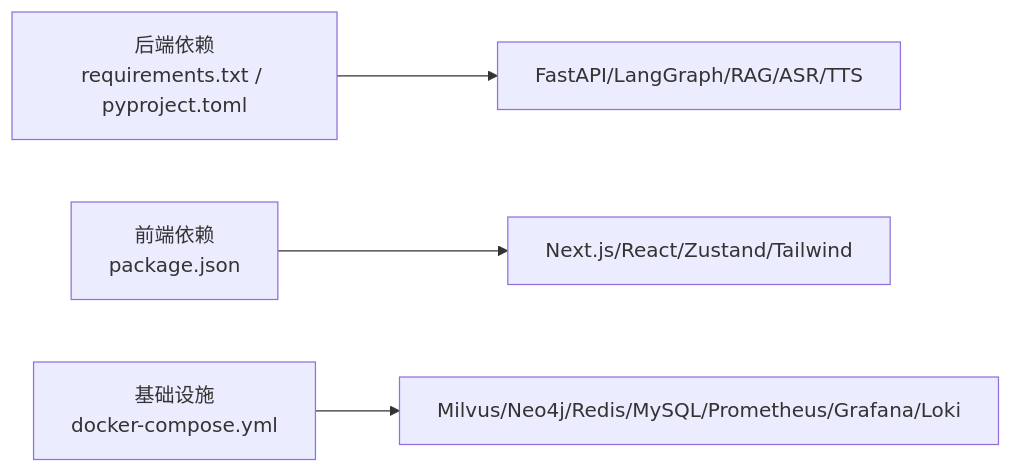
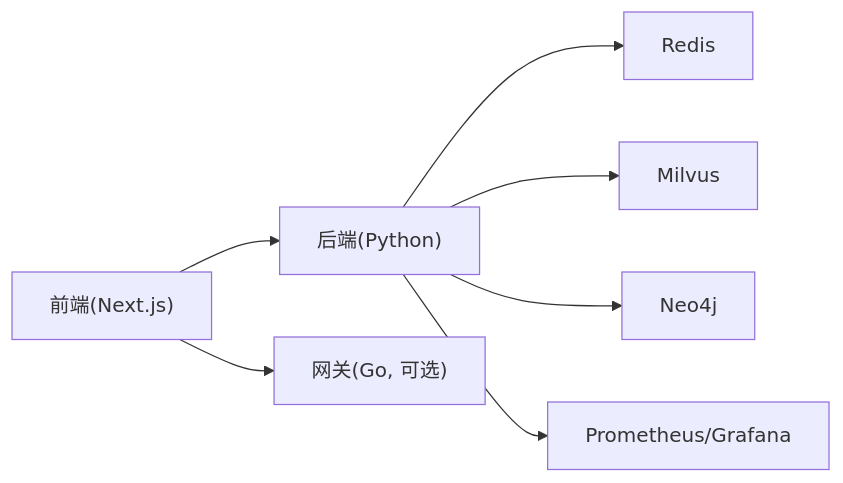
The third of 3 diagrams in .qoder/repowiki/zh/content/快速开始.md (zmdhdu/NexusCockpit), drawn with Mermaid before and after one commit. The commit also changed other lines of this file and 535 other files, not shown here.

````diff
--- a/.qoder/repowiki/zh/content/快速开始.md
+++ b/.qoder/repowiki/zh/content/快速开始.md
@@ -296,6 +234,9 @@
 ```mermaid
 graph LR
-A["后端依赖<br/>requirements.txt / pyproject.toml"] --> B["FastAPI/LangGraph/RAG/ASR/TTS"]
-C["前端依赖<br/>package.json"] --> D["Next.js/React/Zustand/Tailwind"]
-E["基础设施<br/>docker-compose.yml"] --> F["Milvus/Neo4j/Redis/MySQL/Prometheus/Grafana/Loki"]
+A["后端(Python)"] --> C["Redis"]
+A --> D["Milvus"]
+A --> E["Neo4j"]
+A --> F["Prometheus/Grafana"]
+B["前端(Next.js)"] --> A
+B --> G["网关(Go, 可选)"]
 ```
````
